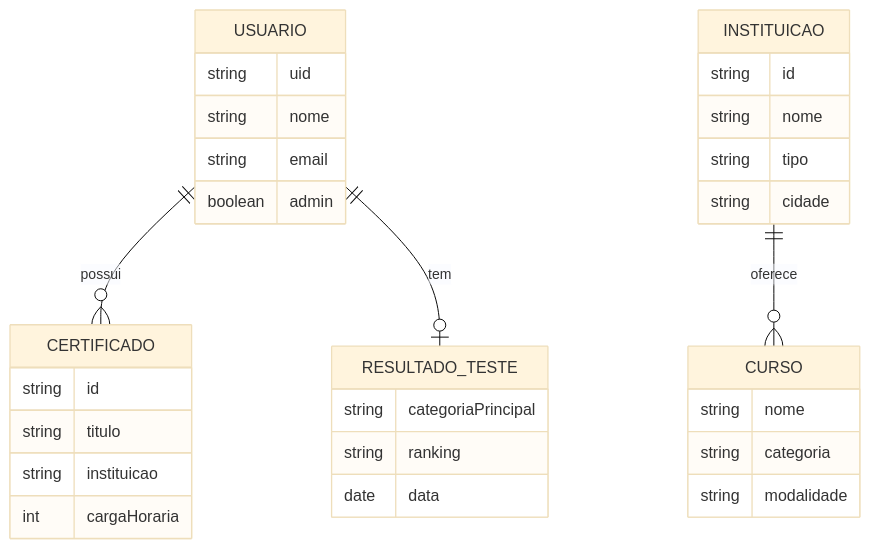
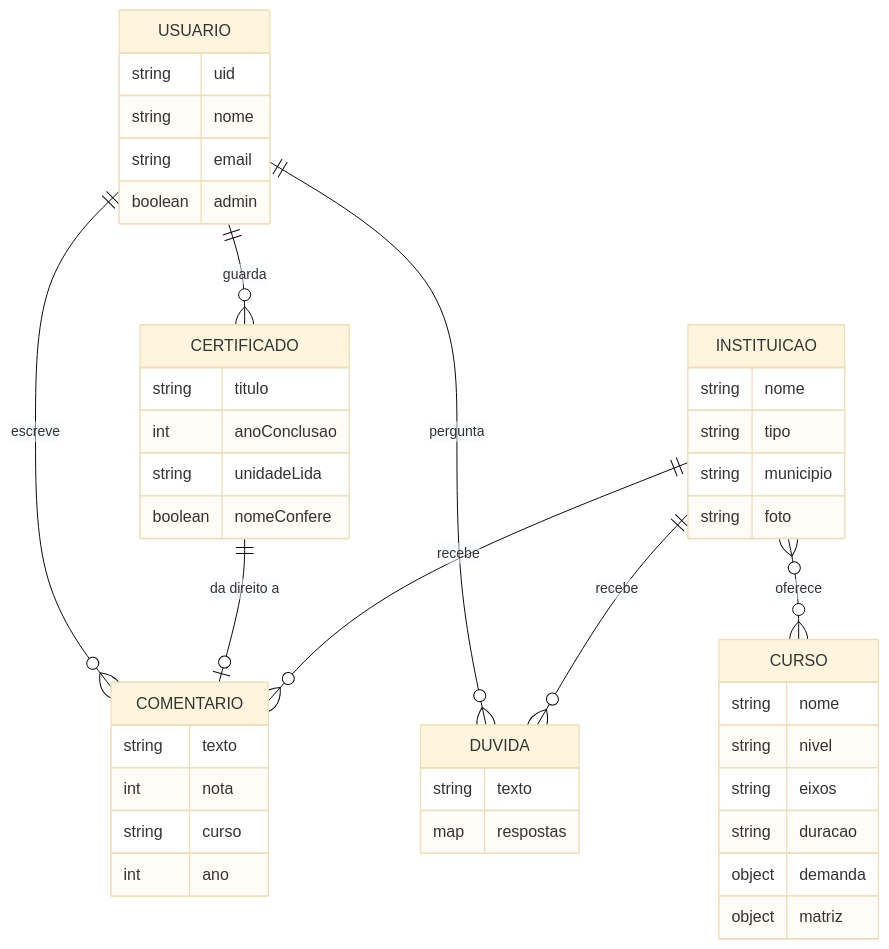
Before and after one commit to SrEscanor/Futuro-Plus: the second of 2 diagrams in README.md, drawn with Mermaid (base theme). The commit also changed other lines of this file, not shown here.

````diff
--- a/README.md
+++ b/README.md
@@ -85,35 +259,47 @@
 ```mermaid
 erDiagram
-    USUARIO ||--o{ CERTIFICADO : possui
-    USUARIO ||--o| RESULTADO_TESTE : tem
-    INSTITUICAO ||--o{ CURSO : oferece
+    USUARIO ||--o{ CERTIFICADO : guarda
+    USUARIO ||--o{ COMENTARIO : escreve
+    USUARIO ||--o{ DUVIDA : pergunta
+    CERTIFICADO ||--o| COMENTARIO : "da direito a"
+    INSTITUICAO ||--o{ COMENTARIO : recebe
+    INSTITUICAO ||--o{ DUVIDA : recebe
+    INSTITUICAO }o--o{ CURSO : oferece
 
     USUARIO {
         string uid
         string nome
         string email
         boolean admin
     }
     CERTIFICADO {
-        string id
         string titulo
-        string instituicao
-        int cargaHoraria
-    }
-    RESULTADO_TESTE {
-        string categoriaPrincipal
-        string ranking
-        date data
+        int anoConclusao
+        string unidadeLida
+        boolean nomeConfere
     }
     INSTITUICAO {
-        string id
         string nome
         string tipo
-        string cidade
+        string municipio
+        string foto
     }
     CURSO {
         string nome
-        string categoria
-        string modalidade
+        string nivel
+        string eixos
+        string duracao
+        object demanda
+        object matriz
+    }
+    COMENTARIO {
+        string texto
+        int nota
+        string curso
+        int ano
+    }
+    DUVIDA {
+        string texto
+        map respostas
     }
 ```
````
